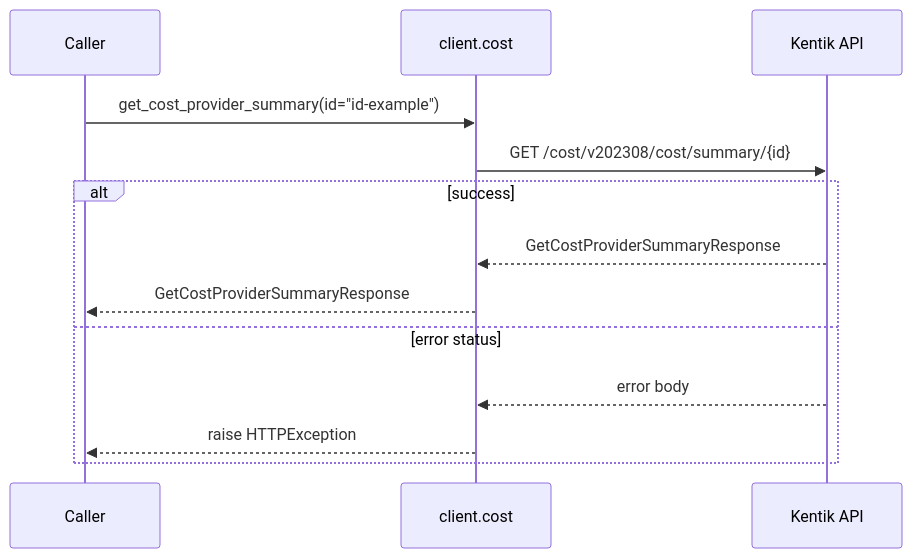
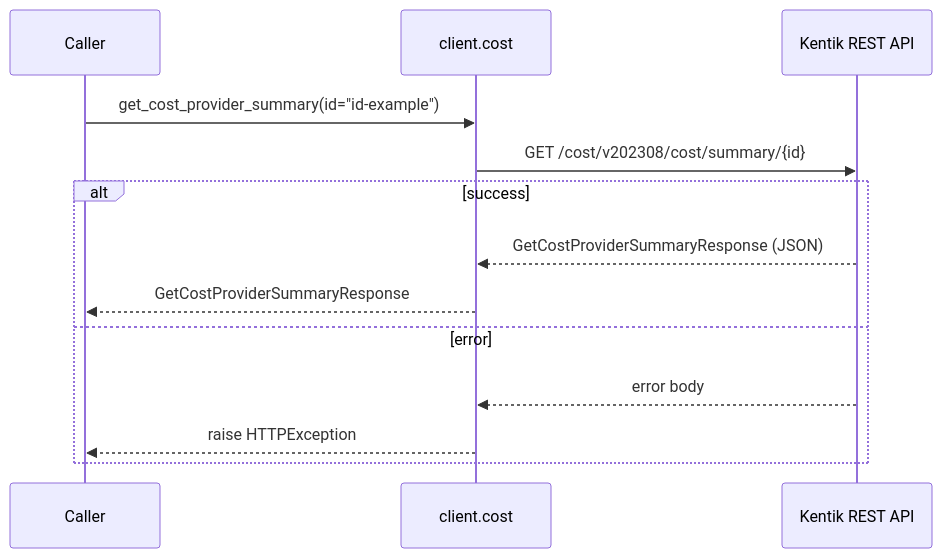
One commit to alexdearaujo/community_sdk_python changed the sixth of 8 diagrams in docs/sphinx/services/cost.md. Above: the diagram before and after it, drawn with Mermaid. The commit also changed other lines of this file and 61 other files, not shown here.

````diff
--- a/docs/sphinx/services/cost.md
+++ b/docs/sphinx/services/cost.md
@@ -123,16 +175,16 @@
 ```mermaid
 sequenceDiagram
     participant C as Caller
     participant W as client.cost
-    participant API as Kentik API
+    participant API as Kentik REST API
 
     C->>W: get_cost_provider_summary(id="id-example")
     W->>API: GET /cost/v202308/cost/summary/{id}
     alt success
-        API-->>W: GetCostProviderSummaryResponse
+        API-->>W: GetCostProviderSummaryResponse (JSON)
         W-->>C: GetCostProviderSummaryResponse
-    else error status
+    else error
         API-->>W: error body
         W-->>C: raise HTTPException
     end
 ```
````
